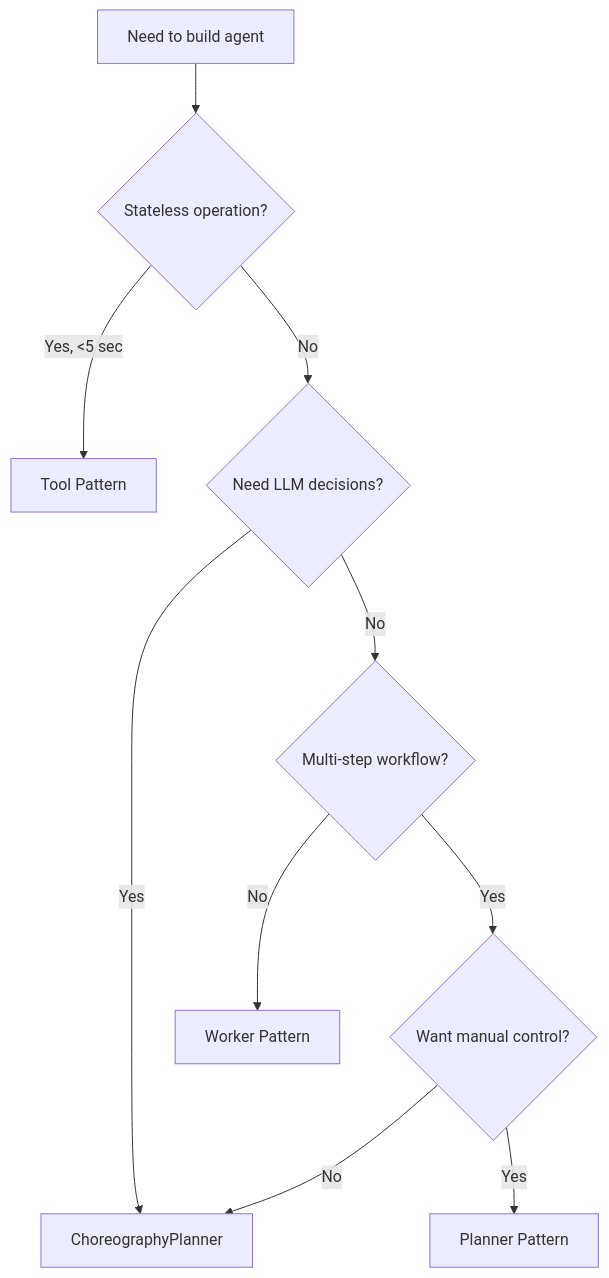
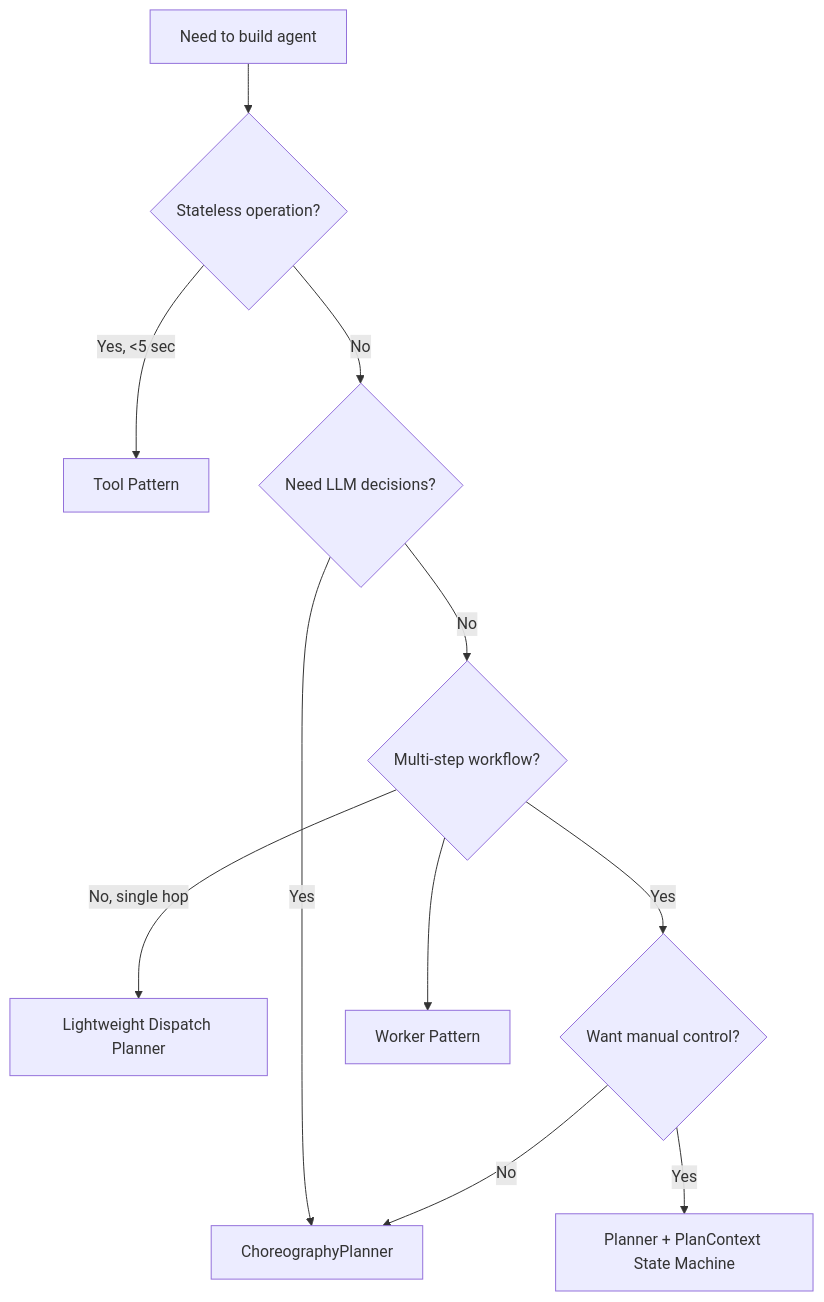
The diagram in docs/agent_patterns/README.md (soorma-ai/soorma-core), drawn with Mermaid before and after one commit. The commit also changed other lines of this file and 10 other files, not shown here.

First line of the commit message:
feat(sdk): GoalContext.dispatch() + correlation_id plan scope for goal metadata

````diff
--- a/docs/agent_patterns/README.md
+++ b/docs/agent_patterns/README.md
@@ -32,12 +33,13 @@
 ```mermaid
 graph TD
     A[Need to build agent] --> B{Stateless operation?}
     B -->|Yes, <5 sec| C[Tool Pattern]
     B -->|No| D{Need LLM decisions?}
     D -->|Yes| E[ChoreographyPlanner]
     D -->|No| F{Multi-step workflow?}
-    F -->|Yes| G{Want manual control?}
-    G -->|Yes| H[Planner Pattern]
-    G -->|No| E
-    F -->|No| I[Worker Pattern]
+    F -->|No, single hop| G[Lightweight Dispatch Planner]
+    F -->|Yes| H{Want manual control?}
+    H -->|Yes| I[Planner + PlanContext State Machine]
+    H -->|No| E
+    F --> J[Worker Pattern]
 ```
````
